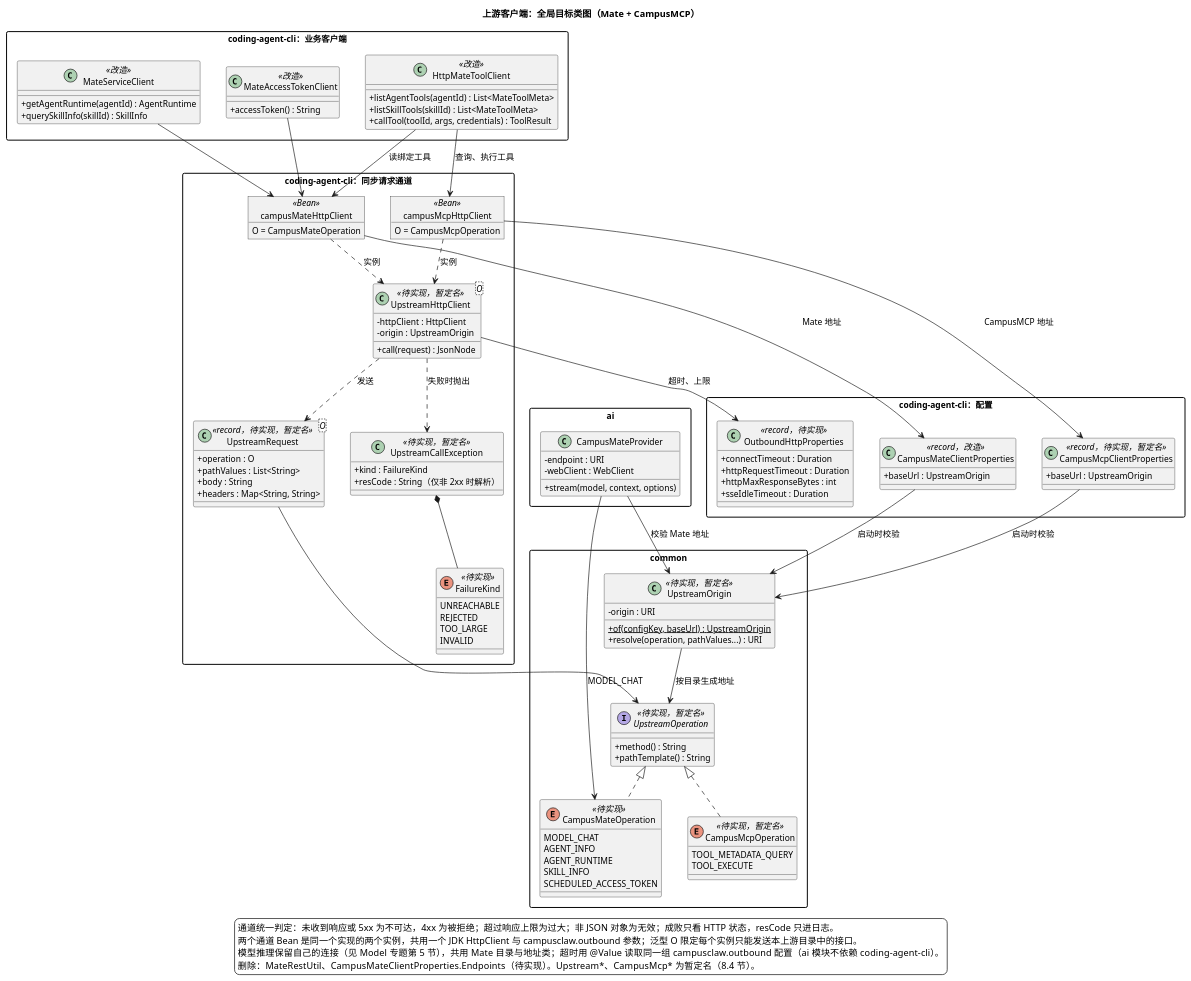
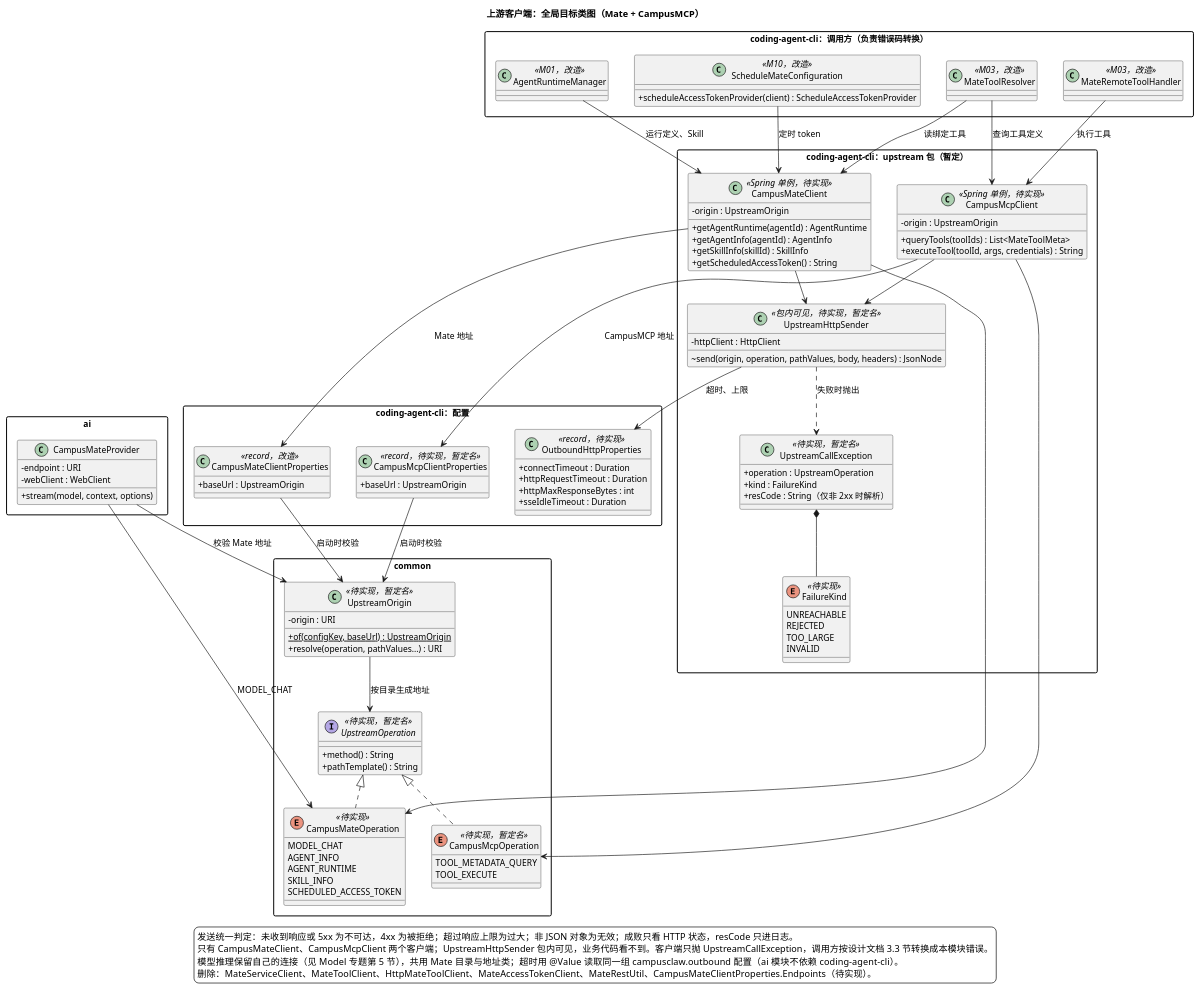
Before and after one commit to ssm0808/pi-mono-java-design: the third of 4 diagrams in 02-服务与接口/02-CampusMate共享客户端配置/diagram.puml, drawn with PlantUML. The commit also changed other lines of this file and 5 other files, not shown here.

First line of the commit message:
客户端按上游划分：只保留 CampusMateClient、CampusMcpClient

```diff
--- a/02-服务与接口/02-CampusMate共享客户端配置/diagram.puml
+++ b/02-服务与接口/02-CampusMate共享客户端配置/diagram.puml
@@ -121,137 +121,134 @@
 @startuml campusmate_client_target_classes
 ' Java 基线：628dca25a694d9d056b15f012e1223d68091ab66；2026-10-21 拉取 main。
 ' 源码：modules/coding-agent-cli/src/main/java/com/campusclaw/codingagent/config/CampusMateClientProperties.java Endpoints（待删除）。
 ' 源码：modules/coding-agent-cli/src/main/java/com/campusclaw/codingagent/common/util/MateRestUtil.java（待删除）。
-' 源码：modules/coding-agent-cli/src/main/java/com/campusclaw/codingagent/runtime/MateServiceClient.java send（迁入通道）。
+' 源码：modules/coding-agent-cli/src/main/java/com/campusclaw/codingagent/runtime/MateServiceClient.java（待删除，DTO 迁出）。
+' 源码：modules/coding-agent-cli/src/main/java/com/campusclaw/codingagent/common/client/HttpMateToolClient.java、common/client/mate/MateToolClient.java（待删除）。
+' 源码：modules/coding-agent-cli/src/main/java/com/campusclaw/codingagent/schedule/mate/MateAccessTokenClient.java（待删除）。
 ' 源码：modules/ai/src/main/java/com/campusclaw/ai/provider/mate/CampusMateProvider.java validateChatPath（待删除）。
-' 目标：待实现；每个上游一份接口目录，地址类放 common；同步请求通道放 coding-agent-cli，一个实现、每个上游一个实例。
+' 目标：待实现；每个上游一份接口目录与一个客户端（用户 2026-10-21 确定只保留 CampusMateClient、CampusMcpClient）。
 ' 依赖方向：common <- ai <- agent-core <- coding-agent-cli；ai 不依赖 coding-agent-cli，所以目录必须在 common。
-' 基线：Codex Provider + EndpointSession；Anthropic Java SDK ClientOptions + 各 Service。
-' 命名：Upstream*、CampusMcp* 为暂定名，见设计文档 8.4 节。
+' 基线：Anthropic Java SDK AnthropicClient（每个服务一个客户端）+ ClientOptions；Codex Provider + EndpointSession。
+' 命名：Upstream*、CampusMcpClientProperties、包名为暂定名，见设计文档 8.4 节。
 title 上游客户端：全局目标类图（Mate + CampusMCP）
 skinparam backgroundColor white
 skinparam defaultFontSize 13
 skinparam classAttributeIconSize 0
 skinparam packageStyle rectangle
 skinparam nodesep 40
 skinparam ranksep 50
 
 package "common" as CommonPkg {
   interface UpstreamOperation <<待实现，暂定名>> {
     + method() : String
     + pathTemplate() : String
   }
   enum CampusMateOperation <<待实现>> {
     MODEL_CHAT
     AGENT_INFO
     AGENT_RUNTIME
     SKILL_INFO
     SCHEDULED_ACCESS_TOKEN
   }
   enum CampusMcpOperation <<待实现，暂定名>> {
     TOOL_METADATA_QUERY
     TOOL_EXECUTE
   }
   class UpstreamOrigin <<待实现，暂定名>> {
     - origin : URI
     + {static} of(configKey, baseUrl) : UpstreamOrigin
     + resolve(operation, pathValues...) : URI
   }
 }
 
 package "ai" as AiPkg {
   class CampusMateProvider {
     - endpoint : URI
     - webClient : WebClient
     + stream(model, context, options)
   }
 }
 
 package "coding-agent-cli：配置" as ConfigPkg {
   class CampusMateClientProperties <<record，改造>> {
     + baseUrl : UpstreamOrigin
   }
   class CampusMcpClientProperties <<record，待实现，暂定名>> {
     + baseUrl : UpstreamOrigin
   }
   class "OutboundHttpProperties" as HttpOptions <<record，待实现>> {
     + connectTimeout : Duration
     + httpRequestTimeout : Duration
     + httpMaxResponseBytes : int
     + sseIdleTimeout : Duration
   }
 }
 
-package "coding-agent-cli：同步请求通道" as ChannelPkg {
-  class "UpstreamHttpClient<O>" as Channel <<待实现，暂定名>> {
+package "coding-agent-cli：upstream 包（暂定）" as UpstreamPkg {
+  class CampusMateClient <<Spring 单例，待实现>> {
+    - origin : UpstreamOrigin
+    + getAgentRuntime(agentId) : AgentRuntime
+    + getAgentInfo(agentId) : AgentInfo
+    + getSkillInfo(skillId) : SkillInfo
+    + getScheduledAccessToken() : String
+  }
+  class CampusMcpClient <<Spring 单例，待实现>> {
+    - origin : UpstreamOrigin
+    + queryTools(toolIds) : List<MateToolMeta>
+    + executeTool(toolId, args, credentials) : String
+  }
+  class UpstreamHttpSender <<包内可见，待实现，暂定名>> {
     - httpClient : HttpClient
-    - origin : UpstreamOrigin
-    + call(request) : JsonNode
-  }
-  object "campusMateHttpClient" as MateChannel <<Bean>> {
-    O = CampusMateOperation
-  }
-  object "campusMcpHttpClient" as McpChannel <<Bean>> {
-    O = CampusMcpOperation
-  }
-  class "UpstreamRequest<O>" as Request <<record，待实现，暂定名>> {
-    + operation : O
-    + pathValues : List<String>
-    + body : String
-    + headers : Map<String, String>
+    ~ send(origin, operation, pathValues, body, headers) : JsonNode
   }
   class UpstreamCallException <<待实现，暂定名>> {
+    + operation : UpstreamOperation
     + kind : FailureKind
     + resCode : String（仅非 2xx 时解析）
   }
   enum FailureKind <<待实现>> {
     UNREACHABLE
     REJECTED
     TOO_LARGE
     INVALID
   }
 }
 
-package "coding-agent-cli：业务客户端" as ClientPkg {
-  class MateServiceClient <<改造>> {
-    + getAgentRuntime(agentId) : AgentRuntime
-    + querySkillInfo(skillId) : SkillInfo
-  }
-  class HttpMateToolClient <<改造>> {
-    + listAgentTools(agentId) : List<MateToolMeta>
-    + listSkillTools(skillId) : List<MateToolMeta>
-    + callTool(toolId, args, credentials) : ToolResult
-  }
-  class MateAccessTokenClient <<改造>> {
-    + accessToken() : String
+package "coding-agent-cli：调用方（负责错误码转换）" as CallerPkg {
+  class AgentRuntimeManager <<M01，改造>>
+  class MateToolResolver <<M03，改造>>
+  class MateRemoteToolHandler <<M03，改造>>
+  class ScheduleMateConfiguration <<M10，改造>> {
+    + scheduleAccessTokenProvider(client) : ScheduleAccessTokenProvider
   }
 }
 
 UpstreamOperation <|.. CampusMateOperation
 UpstreamOperation <|.. CampusMcpOperation
 UpstreamOrigin --> UpstreamOperation : 按目录生成地址
 CampusMateProvider --> UpstreamOrigin : 校验 Mate 地址
 CampusMateProvider --> CampusMateOperation : MODEL_CHAT
 CampusMateClientProperties --> UpstreamOrigin : 启动时校验
 CampusMcpClientProperties --> UpstreamOrigin : 启动时校验
-Channel --> HttpOptions : 超时、上限
-Channel ..> Request : 发送
-Channel ..> UpstreamCallException : 失败时抛出
+CampusMateClient --> CampusMateClientProperties : Mate 地址
+CampusMcpClient --> CampusMcpClientProperties : CampusMCP 地址
+CampusMateClient --> CampusMateOperation
+CampusMcpClient --> CampusMcpOperation
+CampusMateClient --> UpstreamHttpSender
+CampusMcpClient --> UpstreamHttpSender
+UpstreamHttpSender --> HttpOptions : 超时、上限
+UpstreamHttpSender ..> UpstreamCallException : 失败时抛出
 UpstreamCallException *-- FailureKind
-Request --> UpstreamOperation
-MateChannel ..> Channel : 实例
-McpChannel ..> Channel : 实例
-MateChannel --> CampusMateClientProperties : Mate 地址
-McpChannel --> CampusMcpClientProperties : CampusMCP 地址
-MateServiceClient --> MateChannel
-HttpMateToolClient --> MateChannel : 读绑定工具
-HttpMateToolClient --> McpChannel : 查询、执行工具
-MateAccessTokenClient --> MateChannel
+AgentRuntimeManager --> CampusMateClient : 运行定义、Skill
+MateToolResolver --> CampusMateClient : 读绑定工具
+MateToolResolver --> CampusMcpClient : 查询工具定义
+MateRemoteToolHandler --> CampusMcpClient : 执行工具
+ScheduleMateConfiguration --> CampusMateClient : 定时 token
 
 legend bottom
-  通道统一判定：未收到响应或 5xx 为不可达，4xx 为被拒绝；超过响应上限为过大；非 JSON 对象为无效；成败只看 HTTP 状态，resCode 只进日志。
-  两个通道 Bean 是同一个实现的两个实例，共用一个 JDK HttpClient 与 campusclaw.outbound 参数；泛型 O 限定每个实例只能发送本上游目录中的接口。
+  发送统一判定：未收到响应或 5xx 为不可达，4xx 为被拒绝；超过响应上限为过大；非 JSON 对象为无效；成败只看 HTTP 状态，resCode 只进日志。
+  只有 CampusMateClient、CampusMcpClient 两个客户端；UpstreamHttpSender 包内可见，业务代码看不到。客户端只抛 UpstreamCallException，调用方按设计文档 3.3 节转换成本模块错误。
   模型推理保留自己的连接（见 Model 专题第 5 节），共用 Mate 目录与地址类；超时用 @Value 读取同一组 campusclaw.outbound 配置（ai 模块不依赖 coding-agent-cli）。
-  删除：MateRestUtil、CampusMateClientProperties.Endpoints（待实现）。Upstream*、CampusMcp* 为暂定名（8.4 节）。
+  删除：MateServiceClient、MateToolClient、HttpMateToolClient、MateAccessTokenClient、MateRestUtil、CampusMateClientProperties.Endpoints（待实现）。
 endlegend
 @enduml
```
